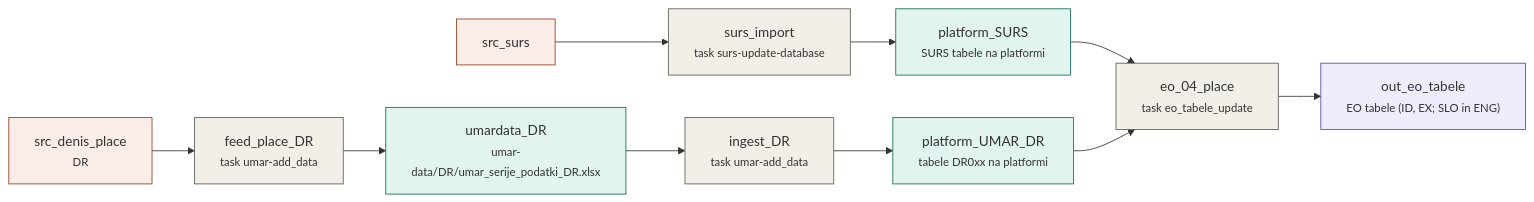
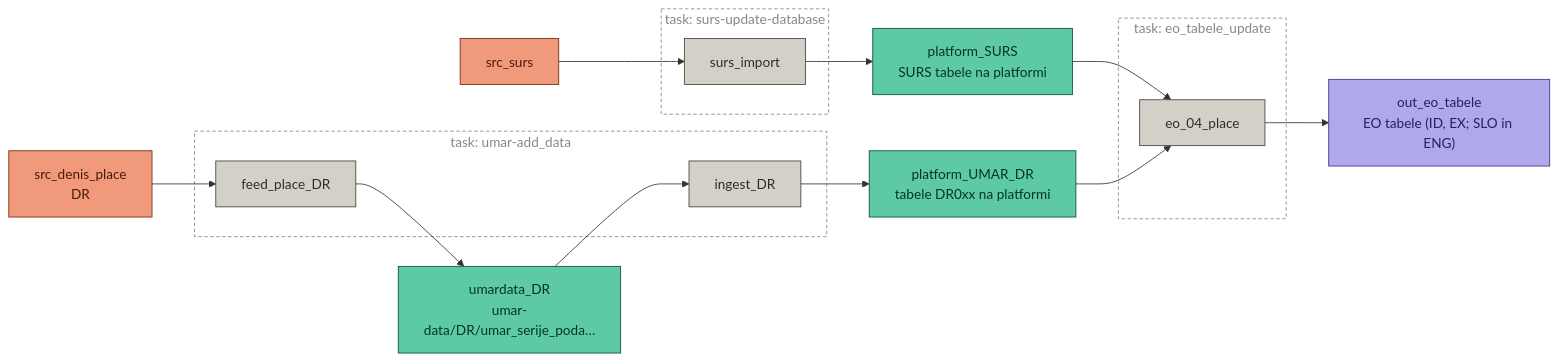
One commit to majazaloznik/umar-automation-scripts changed the diagram in docs/pipelines/output-out_eo_tabele.md. Above: the diagram before and after it, drawn with Mermaid. The commit also changed 31 other files, not shown here.

Commit message:
Update mermaid plots in pipelines

````diff
--- a/docs/pipelines/output-out_eo_tabele.md
+++ b/docs/pipelines/output-out_eo_tabele.md
@@ -9,26 +9,35 @@
 ```mermaid
 flowchart LR
-  src_surs["src_surs<br/><small></small>"]:::source
-  src_denis_place["src_denis_place<br/><small>DR</small>"]:::source
-  platform_SURS["platform_SURS<br/><small>SURS tabele na platformi</small>"]:::store
-  platform_UMAR_DR["platform_UMAR_DR<br/><small>tabele DR0xx na platformi</small>"]:::store
-  umardata_DR["umardata_DR<br/><small>umar-data/DR/umar_serije_podatki_DR.xlsx</small>"]:::store
-  out_eo_tabele["out_eo_tabele<br/><small>EO tabele (ID, EX; SLO in ENG)</small>"]:::output
-  feed_place_DR["feed_place_DR<br/><small>task umar-add_data</small>"]:::step
-  ingest_DR["ingest_DR<br/><small>task umar-add_data</small>"]:::step
-  surs_import["surs_import<br/><small>task surs-update-database</small>"]:::step
-  eo_04_place["eo_04_place<br/><small>task eo_tabele_update</small>"]:::step
+  src_surs["src_surs"]:::source
+  src_denis_place["src_denis_place<br/>DR"]:::source
+  platform_SURS["platform_SURS<br/>SURS tabele na platformi"]:::store
+  platform_UMAR_DR["platform_UMAR_DR<br/>tabele DR0xx na platformi"]:::store
+  umardata_DR["umardata_DR<br/>umar-data/DR/umar_serije_poda…"]:::store
+  out_eo_tabele["out_eo_tabele<br/>EO tabele (ID, EX; SLO in ENG)"]:::output
+  subgraph task_umar_add_data["task: umar-add_data"]
+    feed_place_DR["feed_place_DR"]:::step
+    ingest_DR["ingest_DR"]:::step
+  end
+  style task_umar_add_data fill:none,stroke:#888780,stroke-dasharray:4 3,color:#888780
+  subgraph task_surs_update_database["task: surs-update-database"]
+    surs_import["surs_import"]:::step
+  end
+  style task_surs_update_database fill:none,stroke:#888780,stroke-dasharray:4 3,color:#888780
+  subgraph task_eo_tabele_update["task: eo_tabele_update"]
+    eo_04_place["eo_04_place"]:::step
+  end
+  style task_eo_tabele_update fill:none,stroke:#888780,stroke-dasharray:4 3,color:#888780
   src_denis_place --> feed_place_DR
   feed_place_DR --> umardata_DR
   umardata_DR --> ingest_DR
   ingest_DR --> platform_UMAR_DR
   src_surs --> surs_import
   surs_import --> platform_SURS
   platform_SURS --> eo_04_place
   platform_UMAR_DR --> eo_04_place
   eo_04_place --> out_eo_tabele
-  classDef source fill:#FAECE7,stroke:#993C1D
-  classDef step fill:#F1EFE8,stroke:#5F5E5A
-  classDef store fill:#E1F5EE,stroke:#0F6E56
-  classDef output fill:#EEEDFE,stroke:#534AB7
+  classDef source fill:#F0997B,stroke:#712B13,color:#4A1B0C,stroke-width:1px
+  classDef step fill:#D3D1C7,stroke:#444441,color:#2C2C2A,stroke-width:1px
+  classDef store fill:#5DCAA5,stroke:#085041,color:#04342C,stroke-width:1px
+  classDef output fill:#AFA9EC,stroke:#3C3489,color:#26215C,stroke-width:1px
 ```
````
